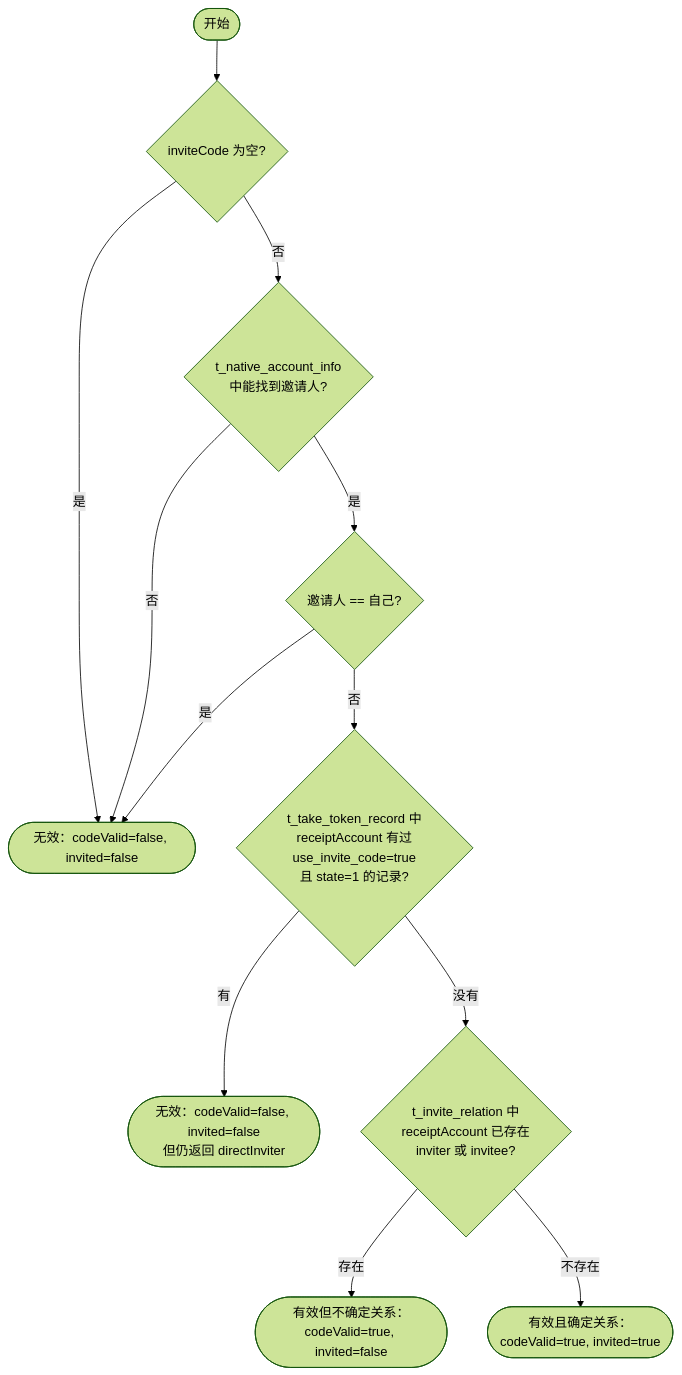
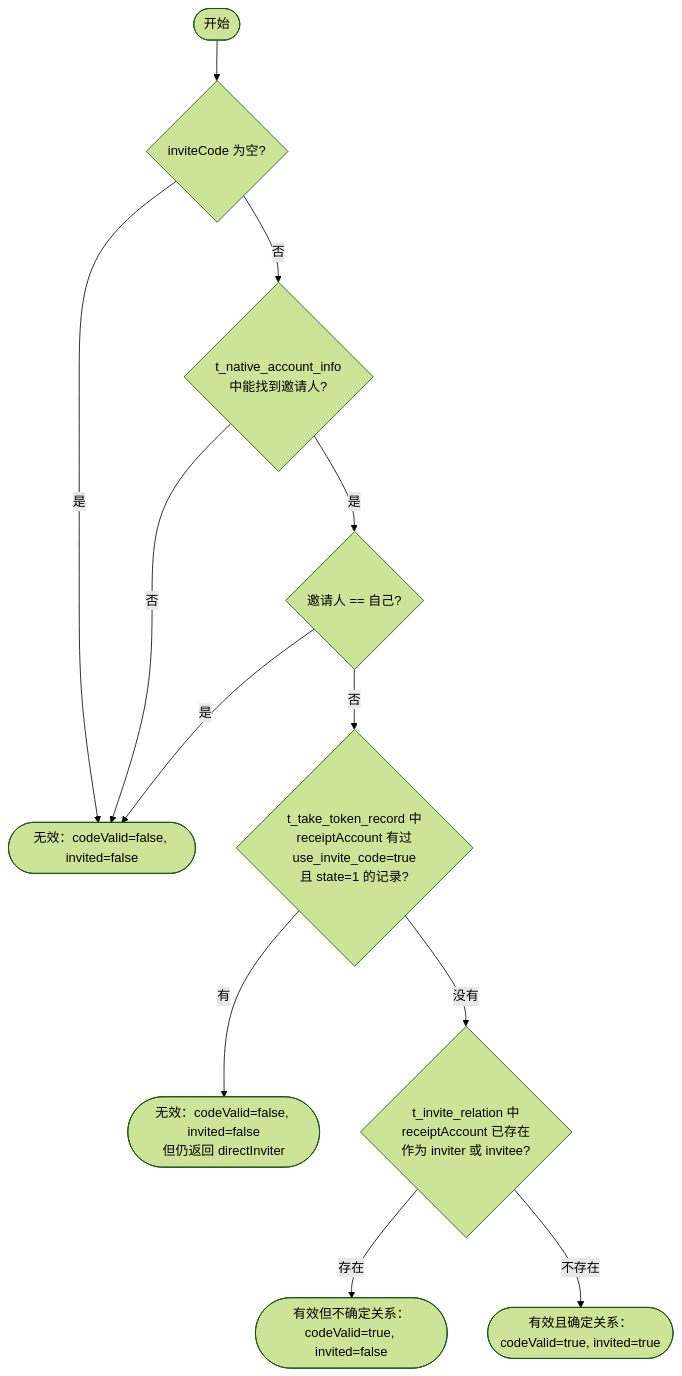
Before and after one commit to BillInUK/oshit-go: the second of 3 diagrams in docs/reward_take_token.md, drawn with Mermaid (forest theme). The commit also changed other lines of this file and 15 other files, not shown here.

````diff
--- a/docs/reward_take_token.md
+++ b/docs/reward_take_token.md
@@ -433,14 +433,14 @@
 ```mermaid
 flowchart TD
     A([开始]) --> B{inviteCode 为空?}
     B -- 是 --> Z1([无效：codeValid=false, invited=false])
     B -- 否 --> C{t_native_account_info<br/>中能找到邀请人?}
     C -- 否 --> Z1
     C -- 是 --> D{邀请人 == 自己?}
     D -- 是 --> Z1
     D -- 否 --> E{t_take_token_record 中<br/>receiptAccount 有过<br/>use_invite_code=true<br/>且 state=1 的记录?}
     E -- 有 --> Z2([无效：codeValid=false, invited=false<br/>但仍返回 directInviter])
-    E -- 没有 --> F{t_invite_relation 中<br/>receiptAccount 已存在<br/>inviter 或 invitee?}
+    E -- 没有 --> F{t_invite_relation 中<br/>receiptAccount 已存在<br/>作为 inviter 或 invitee?}
     F -- 存在 --> Z3([有效但不确定关系：<br/>codeValid=true, invited=false])
     F -- 不存在 --> Z4([有效且确定关系：<br/>codeValid=true, invited=true])
 ```
````
